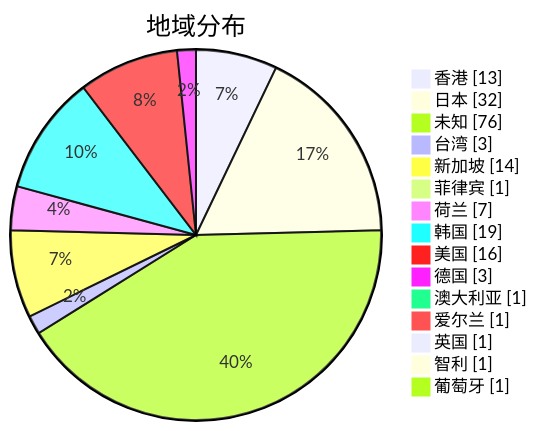
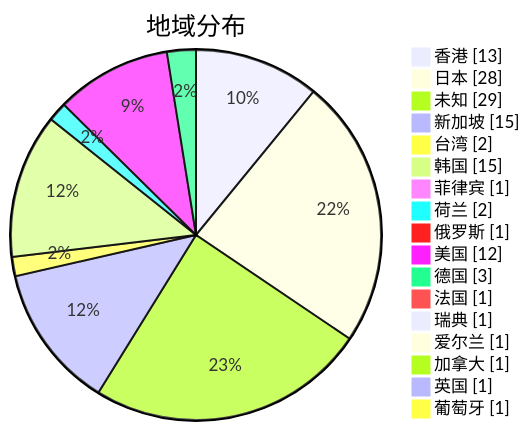
The second of 3 diagrams in subs/statistics/tested_within.md (qjlxg/airport), drawn with Mermaid before and after one commit. The commit also changed other lines of this file and 2 other files, not shown here.

Commit message:
Tested by metaST

````diff
--- a/subs/statistics/tested_within.md
+++ b/subs/statistics/tested_within.md
@@ -12,19 +11,21 @@
 ```mermaid
 pie showData
 title 地域分布
 "香港" : 13
-"日本" : 32
-"未知" : 76
-"台湾" : 3
-"新加坡" : 14
+"日本" : 28
+"未知" : 29
+"新加坡" : 15
+"台湾" : 2
+"韩国" : 15
 "菲律宾" : 1
-"荷兰" : 7
-"韩国" : 19
-"美国" : 16
+"荷兰" : 2
+"俄罗斯" : 1
+"美国" : 12
 "德国" : 3
-"澳大利亚" : 1
+"法国" : 1
+"瑞典" : 1
 "爱尔兰" : 1
+"加拿大" : 1
 "英国" : 1
-"智利" : 1
 "葡萄牙" : 1
 ```
````
